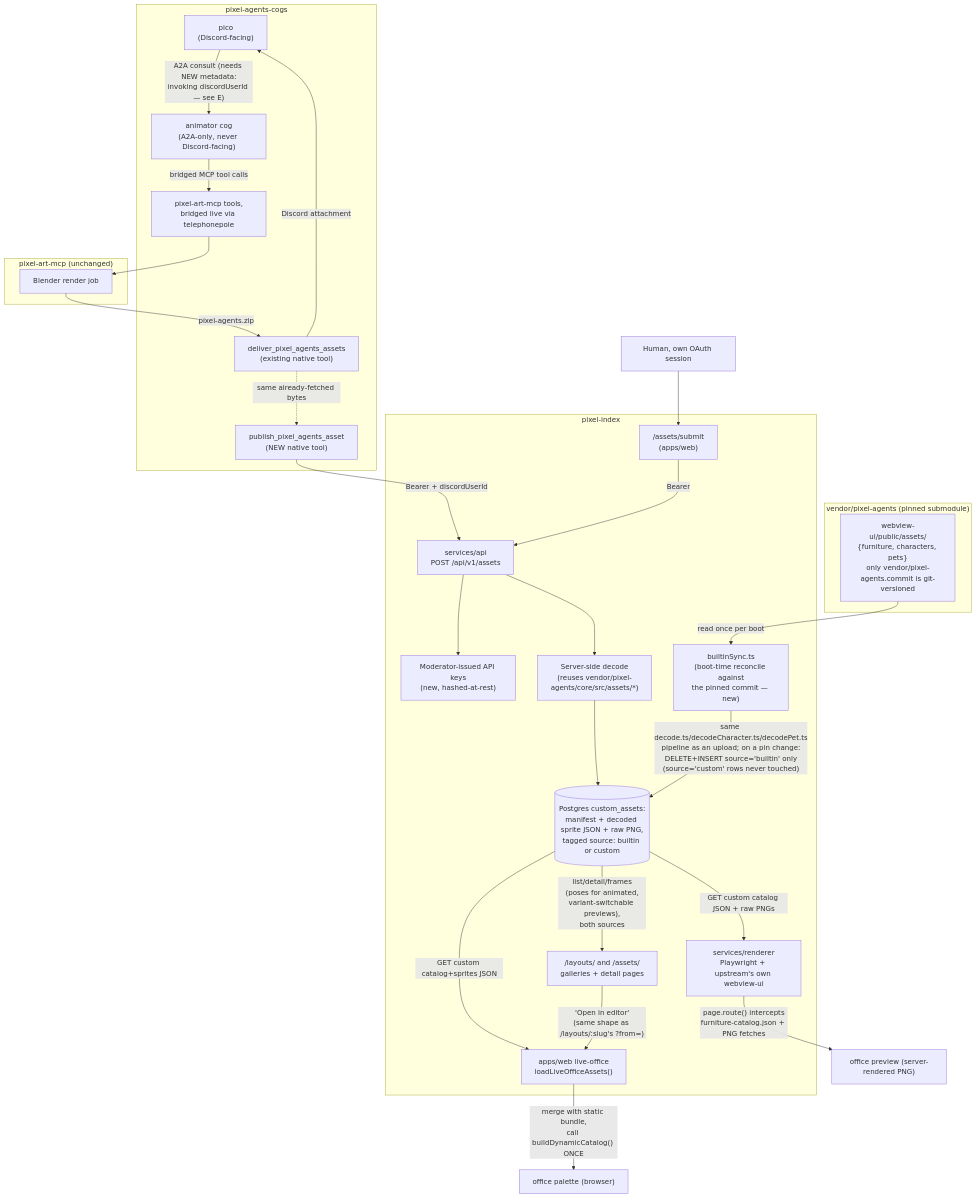
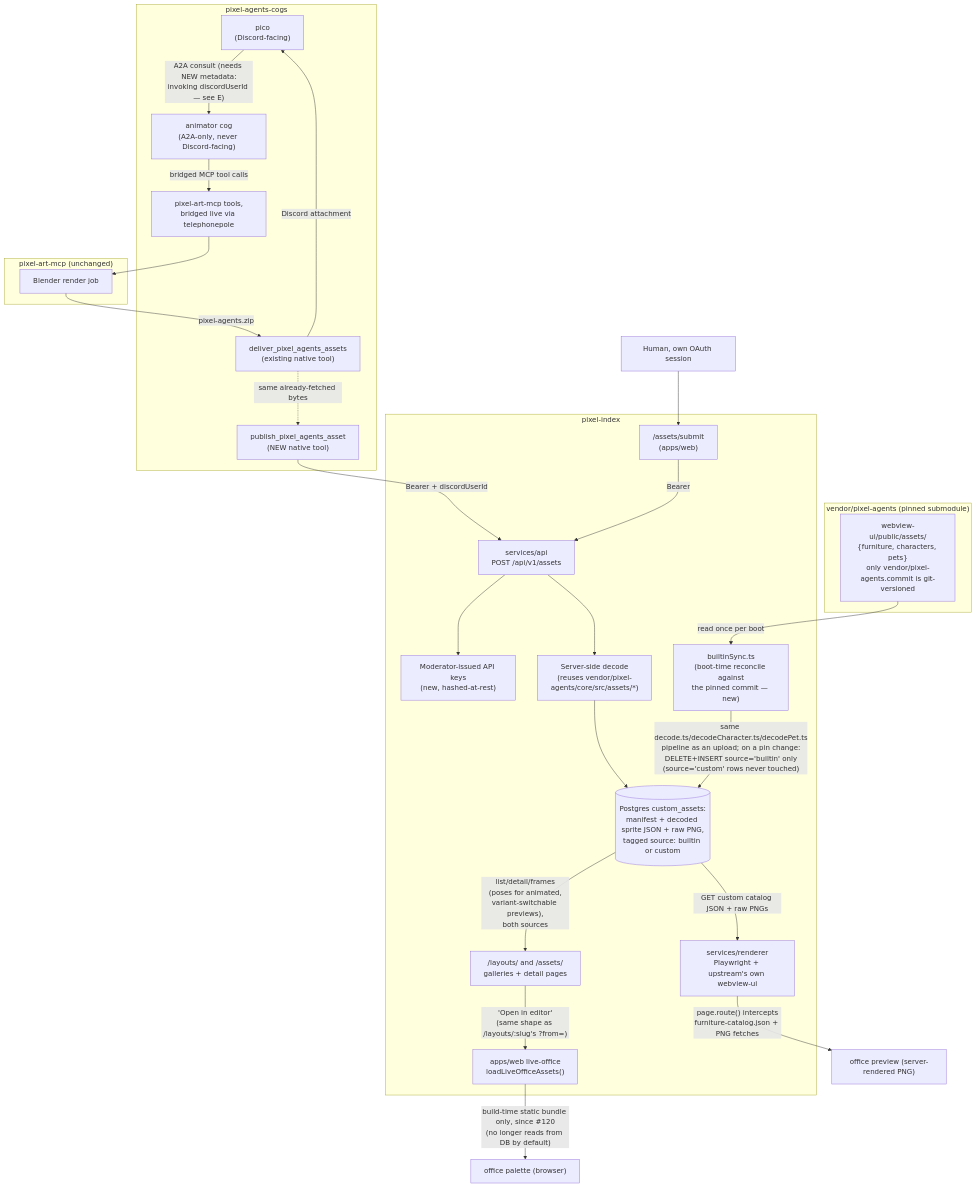
Before and after one commit to pixel-agents-hq/index: the diagram in docs/custom-assets.md, drawn with Mermaid. The commit also changed other lines of this file and 8 other files, not shown here.

First line of the commit message:
fix: reject custom furniture in published layouts; stop loading full custom-asset catalog by default (#123)

````diff
--- a/docs/custom-assets.md
+++ b/docs/custom-assets.md
@@ -77,55 +88,54 @@
 ```mermaid
 flowchart TB
     subgraph Discord["pixel-agents-cogs"]
         Pico["pico<br/>(Discord-facing)"]
         Animator["animator cog<br/>(A2A-only, never Discord-facing)"]
         MCPTools["pixel-art-mcp tools,<br/>bridged live via telephonepole"]
         Deliver["deliver_pixel_agents_assets<br/>(existing native tool)"]
         Publish["publish_pixel_agents_asset<br/>(NEW native tool)"]
     end
 
     subgraph MCP["pixel-art-mcp (unchanged)"]
         Blender["Blender render job"]
     end
 
     subgraph Vendor["vendor/pixel-agents (pinned submodule)"]
         VendorAssets["webview-ui/public/assets/<br/>{furniture, characters, pets}<br/>only vendor/pixel-agents.commit is git-versioned"]
     end
 
     subgraph Index["pixel-index"]
         WebUI["/assets/submit<br/>(apps/web)"]
         Gallery["/layouts/ and /assets/<br/>galleries + detail pages"]
         API["services/api<br/>POST /api/v1/assets"]
         APIKeys["Moderator-issued API keys<br/>(new, hashed-at-rest)"]
         Decode["Server-side decode<br/>(reuses vendor/pixel-agents/core/src/assets/*)"]
         BuiltinSync["builtinSync.ts<br/>(boot-time reconcile against<br/>the pinned commit — new)"]
         DB[("Postgres custom_assets:<br/>manifest + decoded sprite JSON + raw PNG,<br/>tagged source: builtin or custom")]
         BrowserClient["apps/web live-office<br/>loadLiveOfficeAssets()"]
         Renderer["services/renderer<br/>Playwright + upstream's own webview-ui"]
     end
 
     Pico -- "A2A consult (needs NEW metadata:\ninvoking discordUserId — see E)" --> Animator
     Animator -- "bridged MCP tool calls" --> MCPTools --> Blender
     Blender -- "pixel-agents.zip" --> Deliver
     Deliver -- "Discord attachment" --> Pico
     Deliver -. "same already-fetched bytes" .-> Publish
     Publish -- "Bearer <API key> + discordUserId" --> API
 
     Human["Human, own OAuth session"] --> WebUI
     WebUI -- "Bearer <user access token>" --> API
 
     API --> APIKeys
     API --> Decode --> DB
 
     VendorAssets -- "read once per boot" --> BuiltinSync
     BuiltinSync -- "same decode.ts/decodeCharacter.ts/decodePet.ts\npipeline as an upload; on a pin change:\nDELETE+INSERT source='builtin' only\n(source='custom' rows never touched)" --> DB
 
-    DB -- "GET custom catalog+sprites JSON" --> BrowserClient
-    BrowserClient -- "merge with static bundle,\ncall buildDynamicCatalog() ONCE" --> Render1["office palette (browser)"]
+    BrowserClient -- "build-time static bundle only, since #120\n(no longer reads from DB by default)" --> Render1["office palette (browser)"]
 
     DB -- "GET custom catalog JSON + raw PNGs" --> Renderer
     Renderer -- "page.route() intercepts\nfurniture-catalog.json + PNG fetches" --> Render2["office preview (server-rendered PNG)"]
 
     DB -- "list/detail/frames\n(poses for animated,\nvariant-switchable previews),\nboth sources" --> Gallery
     Gallery -- "'Open in editor'\n(same shape as /layouts/:slug's ?from=)" --> BrowserClient
 ```
````
